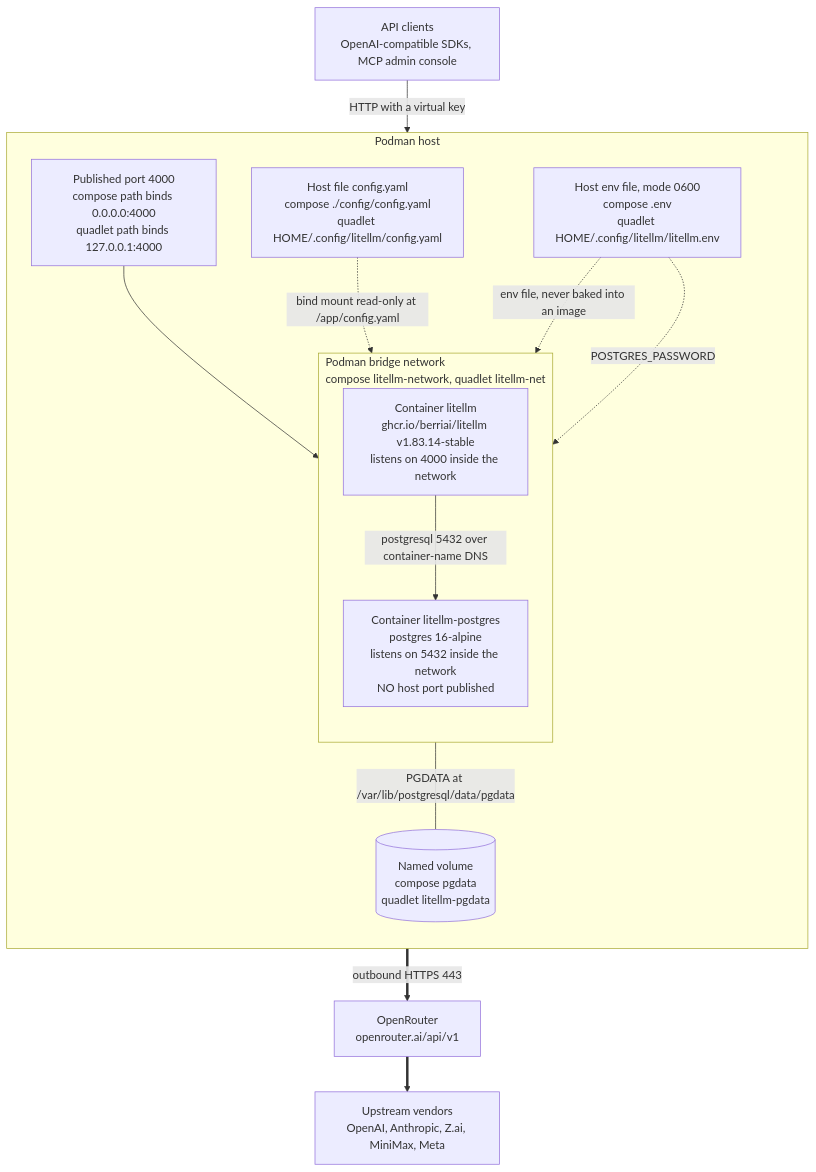
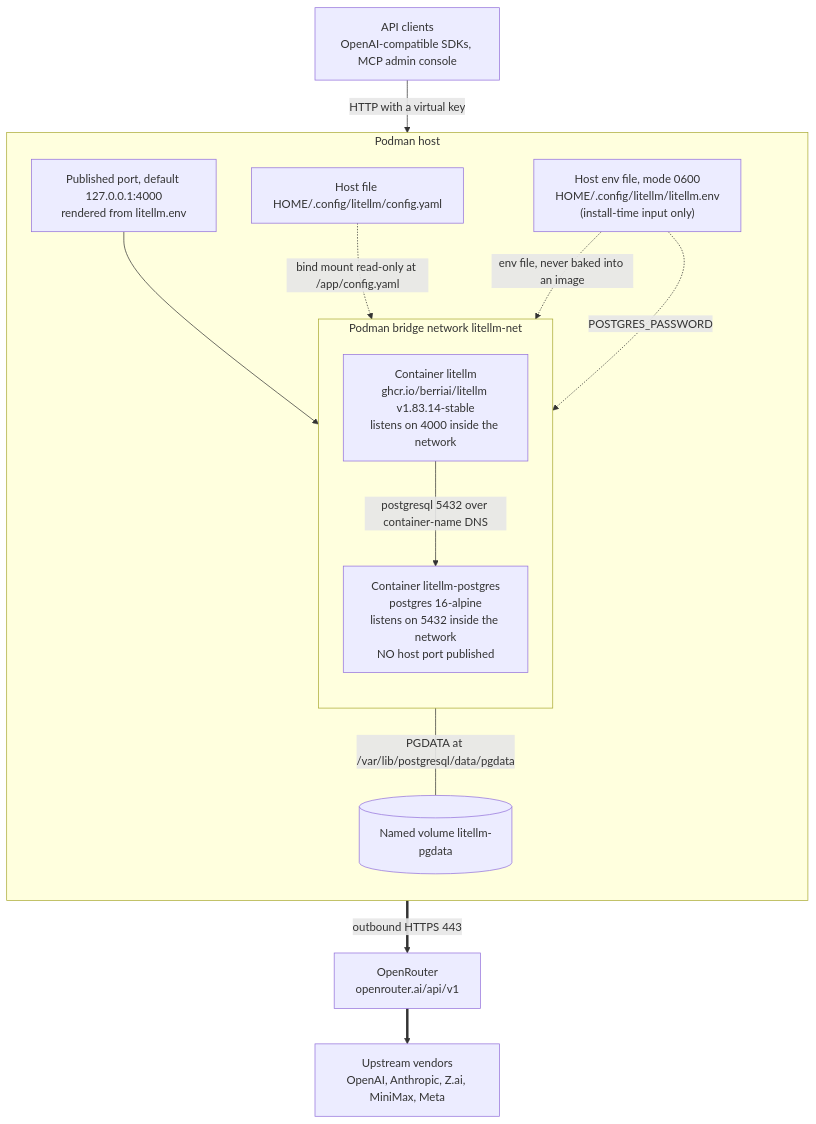
Before and after one commit to WOOWTECH/Woow_podman_litellm: the first of 4 diagrams in docs/architecture.md, drawn with Mermaid. The commit also changed other lines of this file and 2 other files, not shown here.

First line of the commit message:
docs: update SKILL, architecture and the k3s comparison

````diff
--- a/docs/architecture.md
+++ b/docs/architecture.md
@@ -36,31 +31,31 @@
 ```mermaid
 flowchart TB
     client["API clients<br/>OpenAI-compatible SDKs, MCP admin console"]
 
     subgraph host["Podman host"]
         direction TB
-        pub["Published port 4000<br/>compose path binds 0.0.0.0:4000<br/>quadlet path binds 127.0.0.1:4000"]
-        cfg["Host file config.yaml<br/>compose ./config/config.yaml<br/>quadlet HOME/.config/litellm/config.yaml"]
-        envf["Host env file, mode 0600<br/>compose .env<br/>quadlet HOME/.config/litellm/litellm.env"]
-        vol[("Named volume<br/>compose pgdata<br/>quadlet litellm-pgdata")]
+        pub["Published port, default 127.0.0.1:4000<br/>rendered from litellm.env"]
+        cfg["Host file HOME/.config/litellm/config.yaml"]
+        envf["Host env file, mode 0600<br/>HOME/.config/litellm/litellm.env<br/>(install-time input only)"]
+        vol[("Named volume litellm-pgdata")]
 
-        subgraph net["Podman bridge network<br/>compose litellm-network, quadlet litellm-net"]
+        subgraph net["Podman bridge network litellm-net"]
             direction TB
             proxy["Container litellm<br/>ghcr.io/berriai/litellm v1.83.14-stable<br/>listens on 4000 inside the network"]
             db["Container litellm-postgres<br/>postgres 16-alpine<br/>listens on 5432 inside the network<br/>NO host port published"]
         end
     end
 
     orouter["OpenRouter<br/>openrouter.ai/api/v1"]
     vendors["Upstream vendors<br/>OpenAI, Anthropic, Z.ai, MiniMax, Meta"]
 
     client -->|"HTTP with a virtual key"| pub
     pub --> proxy
     cfg -.->|"bind mount read-only at /app/config.yaml"| proxy
     envf -.->|"env file, never baked into an image"| proxy
     envf -.->|"POSTGRES_PASSWORD"| db
     proxy -->|"postgresql 5432 over container-name DNS"| db
     db ---|"PGDATA at /var/lib/postgresql/data/pgdata"| vol
     proxy ==>|"outbound HTTPS 443"| orouter
     orouter ==> vendors
 ```
````
